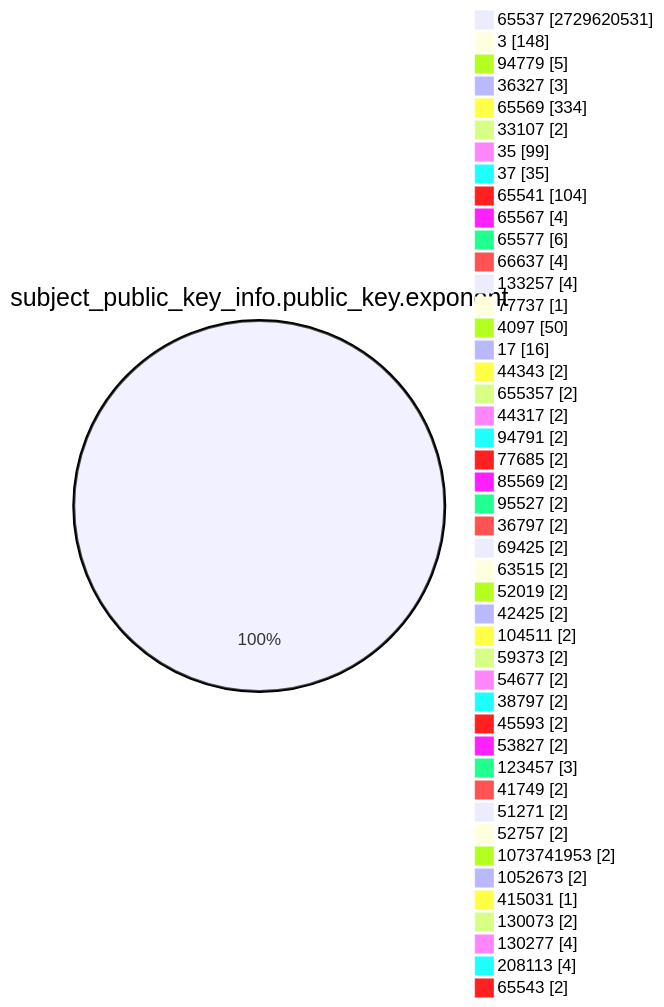
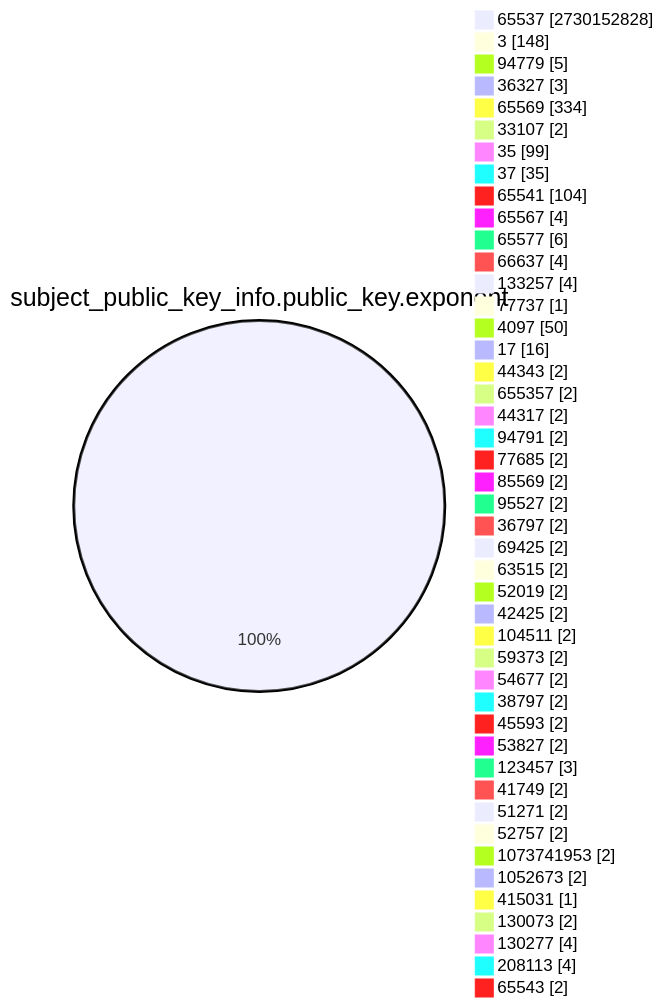
Before and after one commit to christiankrug/ctmonitor_visualization: the fourth of 15 diagrams in TOTAL/README.md, drawn with Mermaid. The commit also changed other lines of this file, not shown here.

````diff
--- a/TOTAL/README.md
+++ b/TOTAL/README.md
@@ -1467,49 +1467,49 @@
 ```mermaid
 pie showData
 title subject_public_key_info.public_key.exponent
-"65537" :2729620531
+"65537" :2730152828
 "3" :148
 "94779" :5
 "36327" :3
 "65569" :334
 "33107" :2
 "35" :99
 "37" :35
 "65541" :104
 "65567" :4
 "65577" :6
 "66637" :4
 "133257" :4
 "77737" :1
 "4097" :50
 "17" :16
 "44343" :2
 "655357" :2
 "44317" :2
 "94791" :2
 "77685" :2
 "85569" :2
 "95527" :2
 "36797" :2
 "69425" :2
 "63515" :2
 "52019" :2
 "42425" :2
 "104511" :2
 "59373" :2
 "54677" :2
 "38797" :2
 "45593" :2
 "53827" :2
 "123457" :3
 "41749" :2
 "51271" :2
 "52757" :2
 "1073741953" :2
 "1052673" :2
 "415031" :1
 "130073" :2
 "130277" :4
 "208113" :4
 "65543" :2
 ```
````
